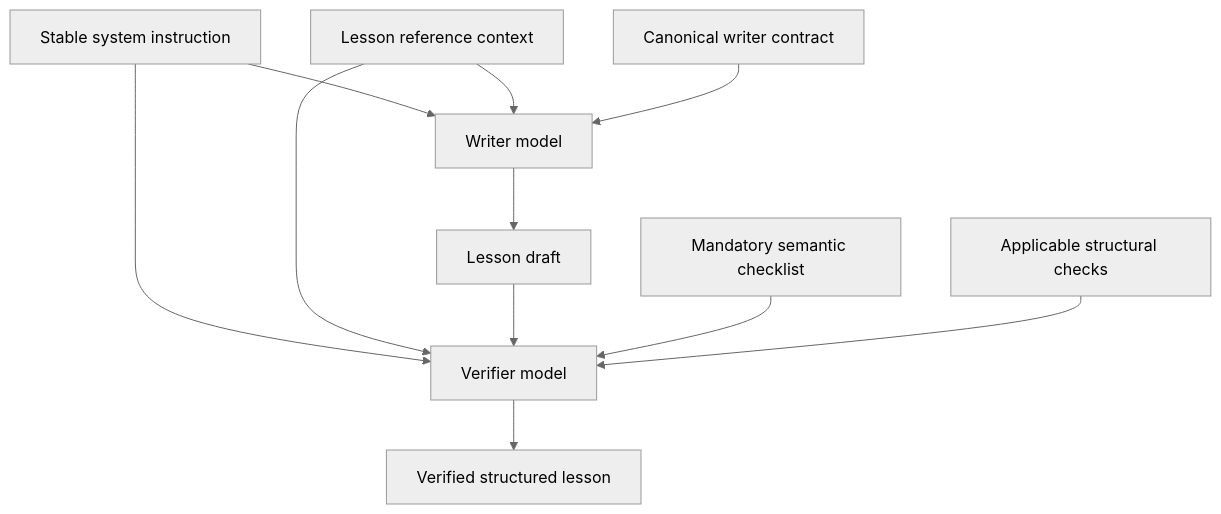
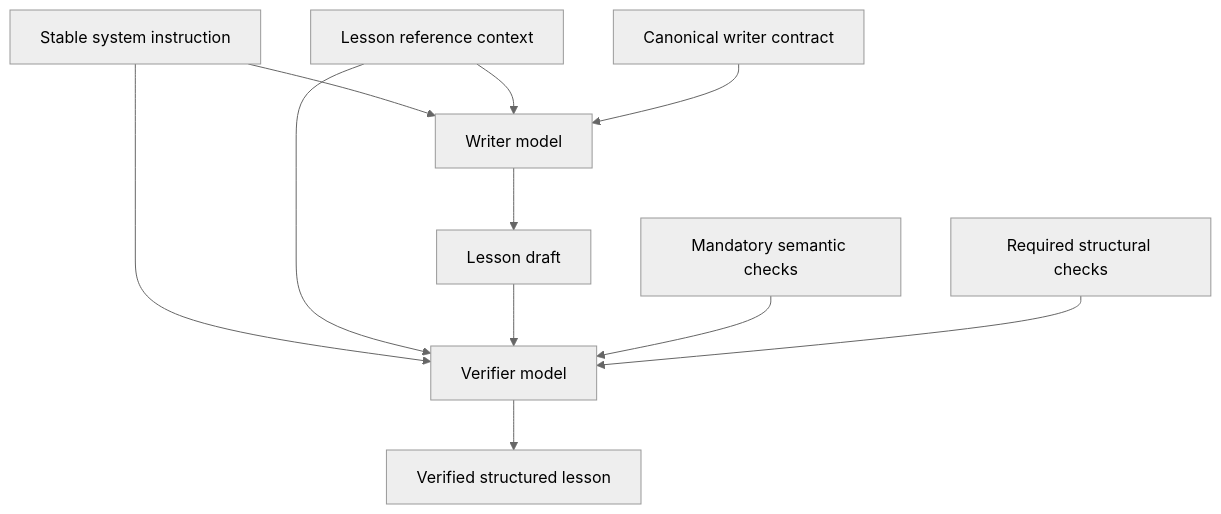
Before and after one commit to immagiov4/Nous: the diagram in .cubic/wiki/07-section-ai/02-p-prompt-engineering.md, drawn with Mermaid (neutral theme). The commit also changed other lines of this file, not shown here.

Commit message:
docs: describe required structural reports

````diff
--- a/.cubic/wiki/07-section-ai/02-p-prompt-engineering.md
+++ b/.cubic/wiki/07-section-ai/02-p-prompt-engineering.md
@@ -64,13 +64,13 @@
 ```mermaid
 flowchart TD
     A[Stable system instruction] --> G[Writer model]
     B[Lesson reference context] --> G
     C[Canonical writer contract] --> G
     G --> D[Lesson draft]
     A --> V[Verifier model]
     B --> V
     D --> V
-    E[Mandatory semantic checklist] --> V
-    F[Applicable structural checks] --> V
+    E[Mandatory semantic checks] --> V
+    F[Required structural checks] --> V
     V --> H[Verified structured lesson]
 ```
````
